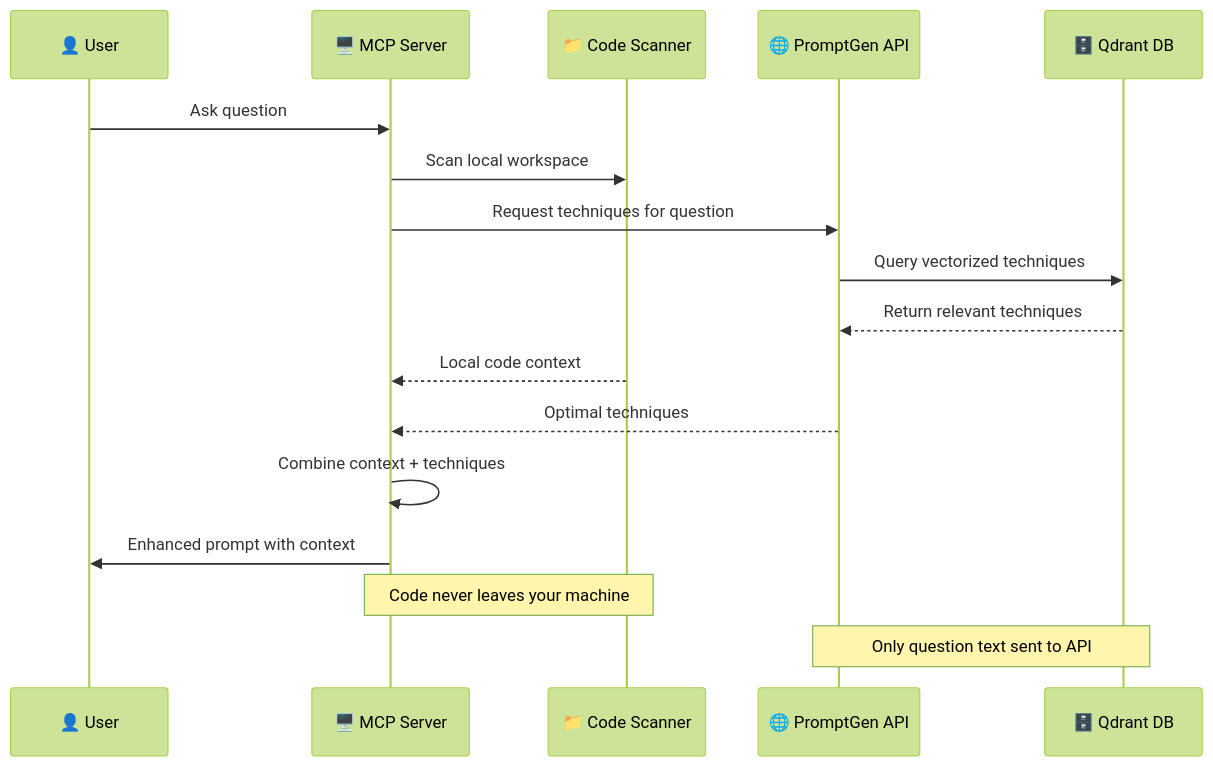
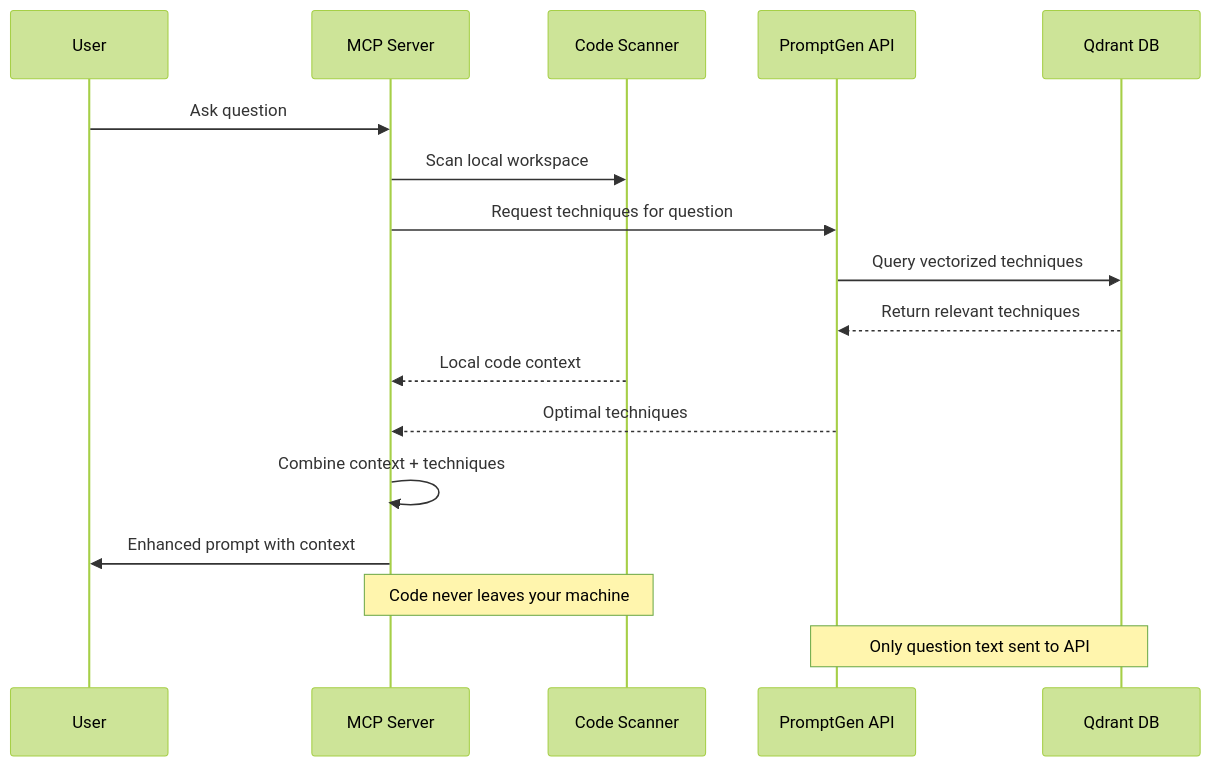
Before and after one commit to prompt-gen-mcp/prompt-gen-mcp: the diagram in README.md, drawn with Mermaid (forest theme). The commit also changed other lines of this file, not shown here.

Commit message:
Fix Mermaid diagram rendering by removing emoji characters from node labels

````diff
--- a/README.md
+++ b/README.md
@@ -146,21 +146,21 @@
 ```mermaid
 sequenceDiagram
-    participant U as 👤 User
-    participant M as 🖥️ MCP Server
-    participant C as 📁 Code Scanner
-    participant P as 🌐 PromptGen API
-    participant Q as 🗄️ Qdrant DB
+    participant U as User
+    participant M as MCP Server
+    participant C as Code Scanner
+    participant P as PromptGen API
+    participant Q as Qdrant DB
     
     U->>M: Ask question
     M->>C: Scan local workspace
     M->>P: Request techniques for question
     P->>Q: Query vectorized techniques
     Q-->>P: Return relevant techniques
     C-->>M: Local code context
     P-->>M: Optimal techniques
     M->>M: Combine context + techniques
     M->>U: Enhanced prompt with context
     
     Note over C,M: Code never leaves your machine
     Note over P,Q: Only question text sent to API
 ```
````
